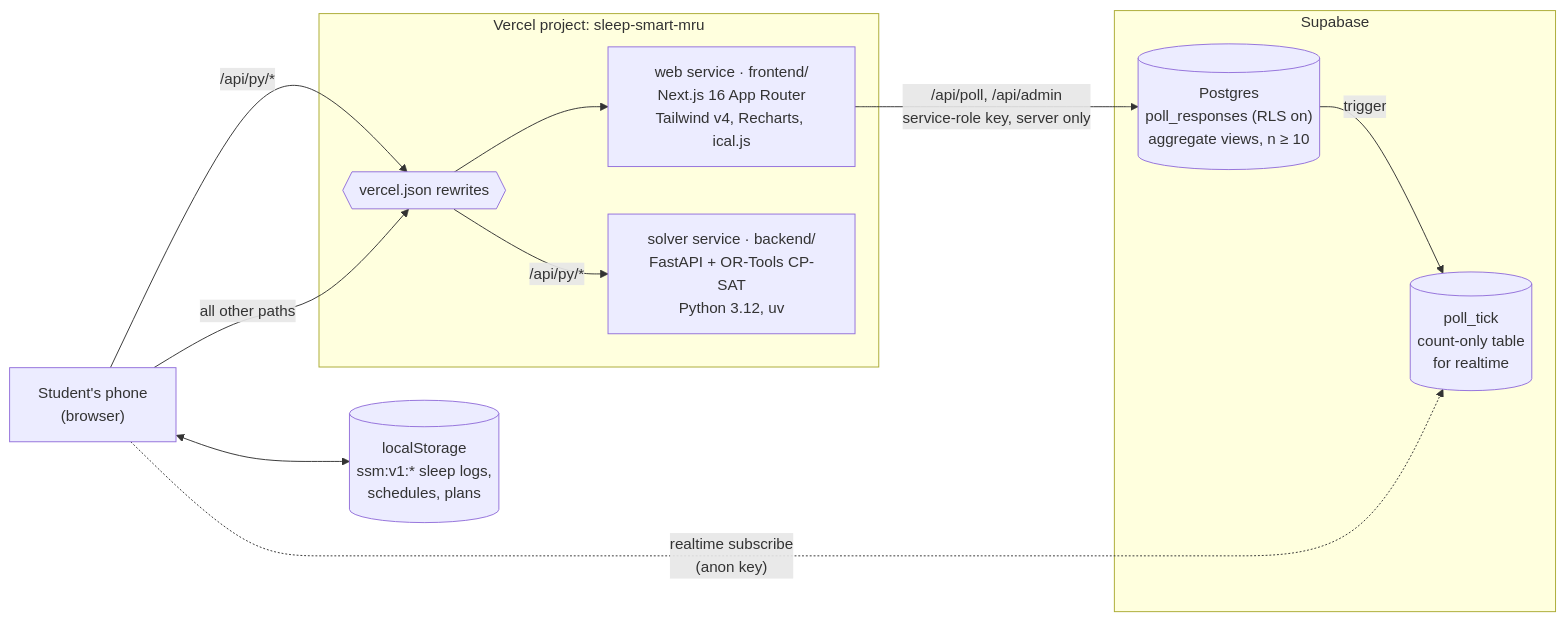
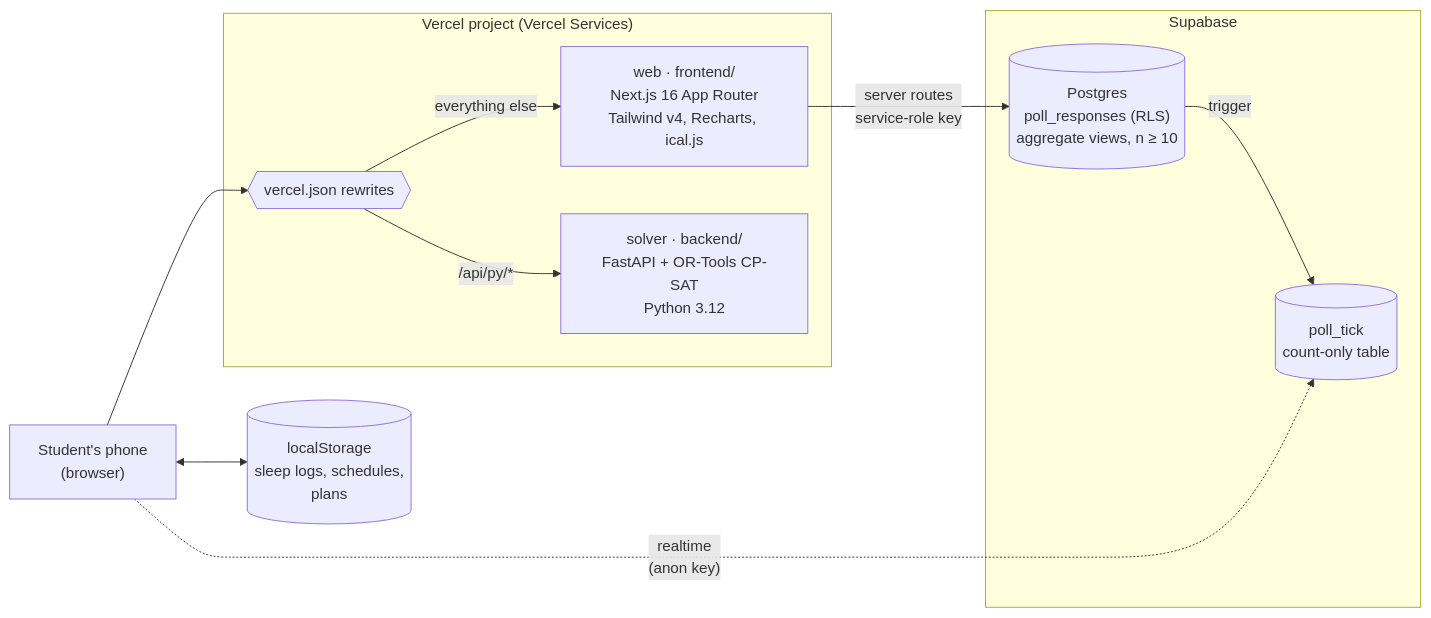
One commit to ayan759/sleep-smart-mru changed the diagram in README.md. Above: the diagram before and after it, drawn with Mermaid. The commit also changed other lines of this file and 10 other files, not shown here.

````diff
--- a/README.md
+++ b/README.md
@@ -39,25 +125,24 @@
 ```mermaid
 flowchart LR
   phone["Student's phone<br/>(browser)"]
-  storage[("localStorage<br/>ssm:v1:* sleep logs,<br/>schedules, plans")]
+  storage[("localStorage<br/>sleep logs, schedules,<br/>plans")]
 
-  subgraph vercel["Vercel project: sleep-smart-mru"]
+  subgraph vercel["Vercel project (Vercel Services)"]
     rewrites{{"vercel.json rewrites"}}
-    web["web service · frontend/<br/>Next.js 16 App Router<br/>Tailwind v4, Recharts, ical.js"]
-    solver["solver service · backend/<br/>FastAPI + OR-Tools CP-SAT<br/>Python 3.12, uv"]
+    web["web · frontend/<br/>Next.js 16 App Router<br/>Tailwind v4, Recharts, ical.js"]
+    solver["solver · backend/<br/>FastAPI + OR-Tools CP-SAT<br/>Python 3.12"]
   end
 
   subgraph supabase["Supabase"]
-    db[("Postgres<br/>poll_responses (RLS on)<br/>aggregate views, n ≥ 10")]
-    tick[("poll_tick<br/>count-only table<br/>for realtime")]
+    db[("Postgres<br/>poll_responses (RLS)<br/>aggregate views, n ≥ 10")]
+    tick[("poll_tick<br/>count-only table")]
   end
 
   phone <--> storage
-  phone -->|"/api/py/*"| rewrites
-  phone -->|"all other paths"| rewrites
+  phone --> rewrites
   rewrites -->|"/api/py/*"| solver
-  rewrites --> web
-  web -->|"/api/poll, /api/admin<br/>service-role key, server only"| db
+  rewrites -->|"everything else"| web
+  web -->|"server routes<br/>service-role key"| db
   db -->|"trigger"| tick
-  phone -.->|"realtime subscribe<br/>(anon key)"| tick
+  phone -.->|"realtime<br/>(anon key)"| tick
 ```
````
